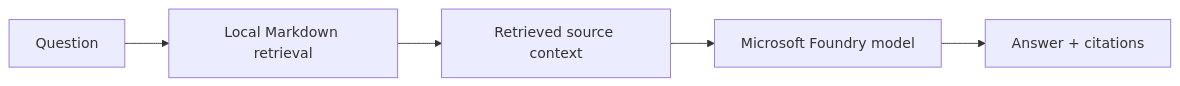
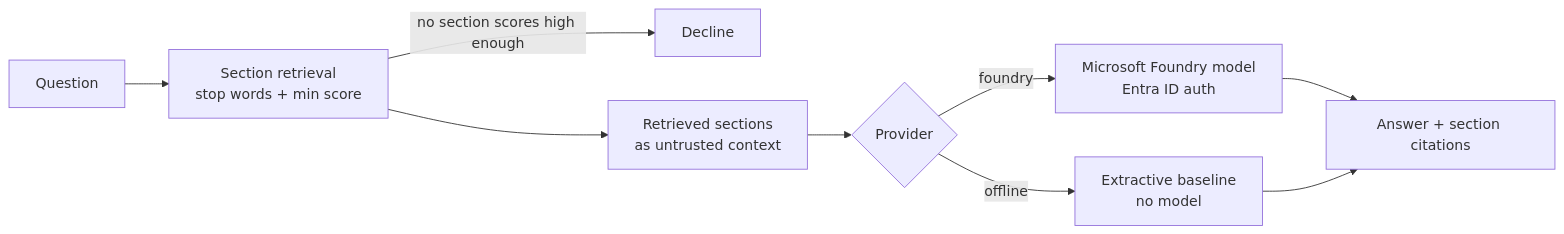
One commit to phlppgdfry/micro-foundry-lab changed the diagram in README.md. Above: the diagram before and after it, drawn with Mermaid. The commit also changed other lines of this file and 16 other files, not shown here.

````diff
--- a/README.md
+++ b/README.md
@@ -22,7 +37,11 @@
 ```mermaid
 flowchart LR
-    Q[Question] --> R[Local Markdown retrieval]
-    R --> C[Retrieved source context]
-    C --> M[Microsoft Foundry model]
-    M --> A[Answer + citations]
+    Q[Question] --> R[Section retrieval<br/>stop words + min score]
+    R -->|no section scores high enough| N[Decline]
+    R --> C[Retrieved sections<br/>as untrusted context]
+    C --> M{Provider}
+    M -->|foundry| F[Microsoft Foundry model<br/>Entra ID auth]
+    M -->|offline| X[Extractive baseline<br/>no model]
+    F --> A[Answer + section citations]
+    X --> A
 ```
````
